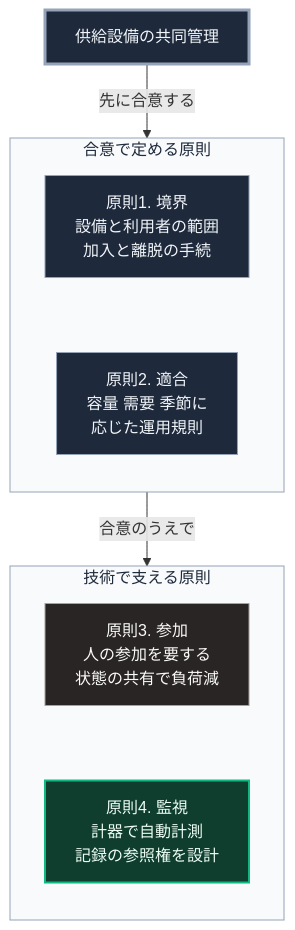
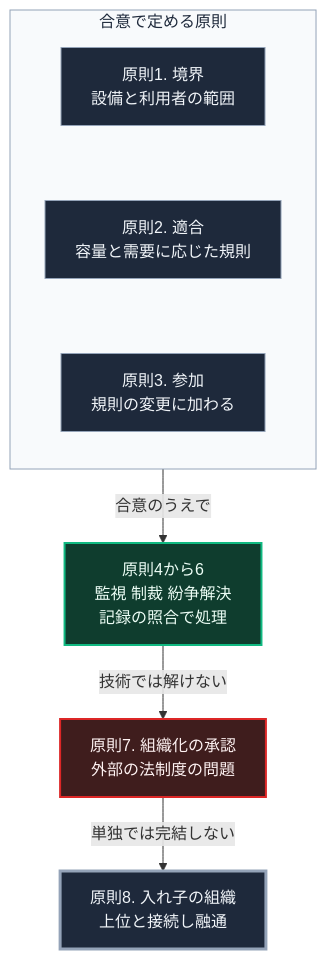
The diagram in books/sovereign-resilience-blueprint/44_ostrom-principles-1-4-engineering.md (Takenori-Kusaka/zenn-content), drawn with Mermaid before and after one commit. The commit also changed other lines of this file and 11 other files, not shown here.

````diff
--- a/books/sovereign-resilience-blueprint/44_ostrom-principles-1-4-engineering.md
+++ b/books/sovereign-resilience-blueprint/44_ostrom-principles-1-4-engineering.md
@@ -47,22 +85,19 @@
 ```mermaid
 flowchart TD
-    Q[供給設備の共同管理]
-    Q -->|先に合意する| G1
     subgraph G1[合意で定める原則]
         direction TB
-        P1[原則1. 境界<br>設備と利用者の範囲<br>加入と離脱の手続] ~~~ P2[原則2. 適合<br>容量 需要 季節に<br>応じた運用規則]
+        P1[原則1. 境界<br>設備と利用者の範囲] ~~~ P2[原則2. 適合<br>容量と需要に応じた規則]
+        P2 ~~~ P3[原則3. 参加<br>規則の変更に加わる]
     end
-    G1 -->|合意のうえで| G2
-    subgraph G2[技術で支える原則]
-        direction TB
-        P3[原則3. 参加<br>人の参加を要する<br>状態の共有で負荷減] ~~~ P4[原則4. 監視<br>計器で自動計測<br>記録の参照権を設計]
-    end
+    G1 -->|合意のうえで| T[原則4から6<br>監視 制裁 紛争解決<br>記録の照合で処理]
+    T -->|技術では解けない| P7[原則7. 組織化の承認<br>外部の法制度の問題]
+    P7 -->|単独では完結しない| P8[原則8. 入れ子の組織<br>上位と接続し融通]
 
-    style Q fill:#1e293b,stroke:#94a3b8,stroke-width:3px,color:#f1f5f9
     style P1 fill:#1e293b,stroke:#94a3b8,color:#f1f5f9
     style P2 fill:#1e293b,stroke:#94a3b8,color:#f1f5f9
-    style P3 fill:#292524,stroke:#a8a29e,color:#fafaf9
-    style P4 fill:#0f3d2e,stroke:#10b981,stroke-width:2px,color:#ecfdf5
+    style P3 fill:#1e293b,stroke:#94a3b8,color:#f1f5f9
+    style T fill:#0f3d2e,stroke:#10b981,stroke-width:2px,color:#ecfdf5
+    style P7 fill:#3f1d1d,stroke:#dc2626,stroke-width:2px,color:#fef2f2
+    style P8 fill:#1e293b,stroke:#94a3b8,stroke-width:3px,color:#f1f5f9
     style G1 fill:#f8fafc,stroke:#94a3b8,color:#1e293b
-    style G2 fill:#f8fafc,stroke:#94a3b8,color:#1e293b
 ```
````
